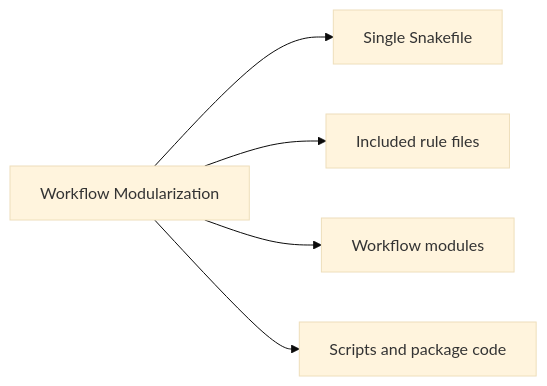
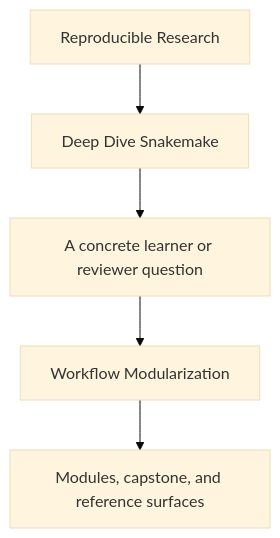
Before and after one commit to bijux/bijux-masterclass: the first of 2 diagrams in programs/reproducible-research/deep-dive-snakemake/course-book/guides/workflow-modularization.md, drawn with Mermaid (base theme). The commit also changed other lines of this file and 29 other files, not shown here.

Commit message:
docs(deep-dive-snakemake): sharpen guide and reference diagrams

````diff
--- a/programs/reproducible-research/deep-dive-snakemake/course-book/guides/workflow-modularization.md
+++ b/programs/reproducible-research/deep-dive-snakemake/course-book/guides/workflow-modularization.md
@@ -6,13 +6,7 @@
 ```mermaid
-graph LR
-  guide["Workflow Modularization"]
-  snakefile["Single Snakefile"]
-  includes["Included rule files"]
-  modules["Workflow modules"]
-  helpers["Scripts and package code"]
-
-  guide --> snakefile
-  guide --> includes
-  guide --> modules
-  guide --> helpers
+flowchart TD
+  family["Reproducible Research"] --> program["Deep Dive Snakemake"]
+  program --> pressure["A concrete learner or reviewer question"]
+  pressure --> guide["Workflow Modularization"]
+  guide --> next["Modules, capstone, and reference surfaces"]
 ```
````
